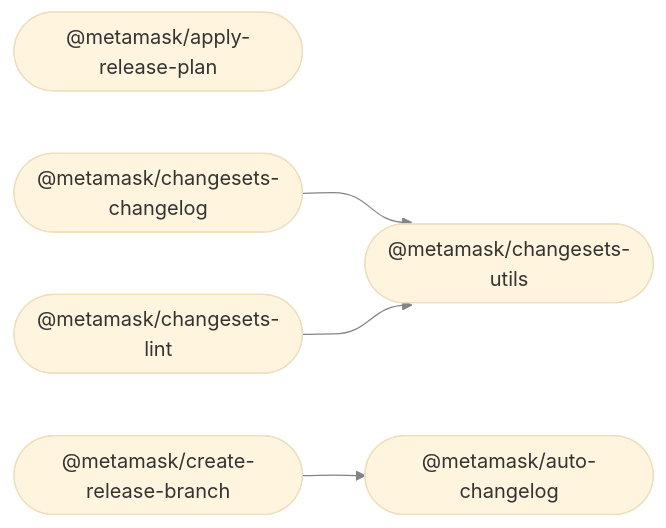
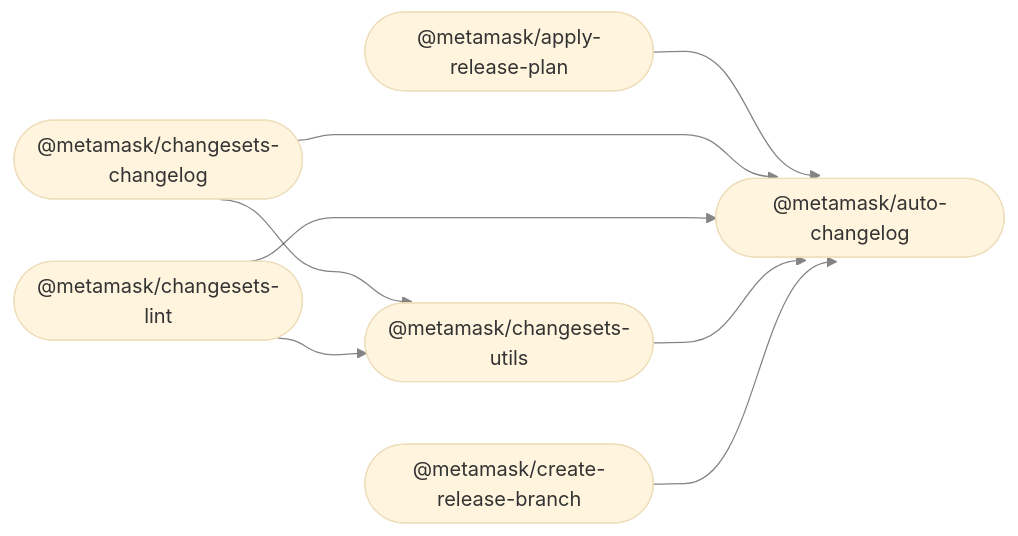
One commit to MetaMask/release-tools changed the diagram in README.md. Above: the diagram before and after it, drawn with Mermaid (base theme). The commit also changed 12 other files, not shown here.

Commit message:
Use the auto-changelog workspace for changelog scripts

````diff
--- a/README.md
+++ b/README.md
@@ -30,14 +30,18 @@
 ```mermaid
 %%{ init: { 'flowchart': { 'curve': 'bumpX' } } }%%
 graph LR;
 linkStyle default opacity:0.5
   apply_release_plan(["@metamask/apply-release-plan"]);
   auto_changelog(["@metamask/auto-changelog"]);
   changesets_changelog(["@metamask/changesets-changelog"]);
   changesets_lint(["@metamask/changesets-lint"]);
   changesets_utils(["@metamask/changesets-utils"]);
   create_release_branch(["@metamask/create-release-branch"]);
+  apply_release_plan --> auto_changelog;
   changesets_changelog --> changesets_utils;
+  changesets_changelog --> auto_changelog;
   changesets_lint --> changesets_utils;
+  changesets_lint --> auto_changelog;
+  changesets_utils --> auto_changelog;
   create_release_branch --> auto_changelog;
 ```
````
